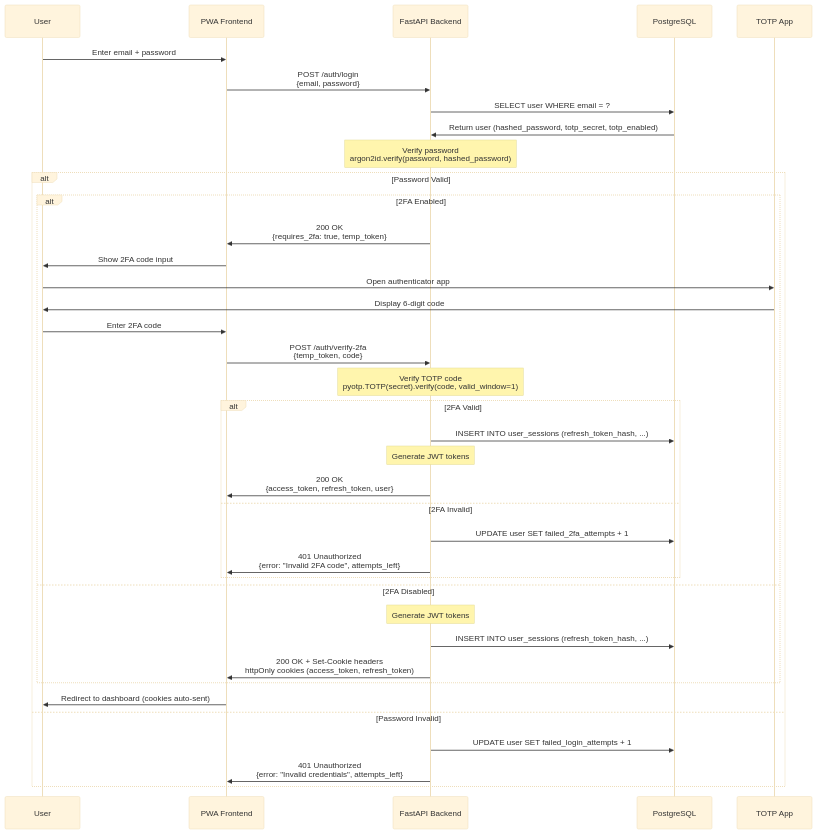
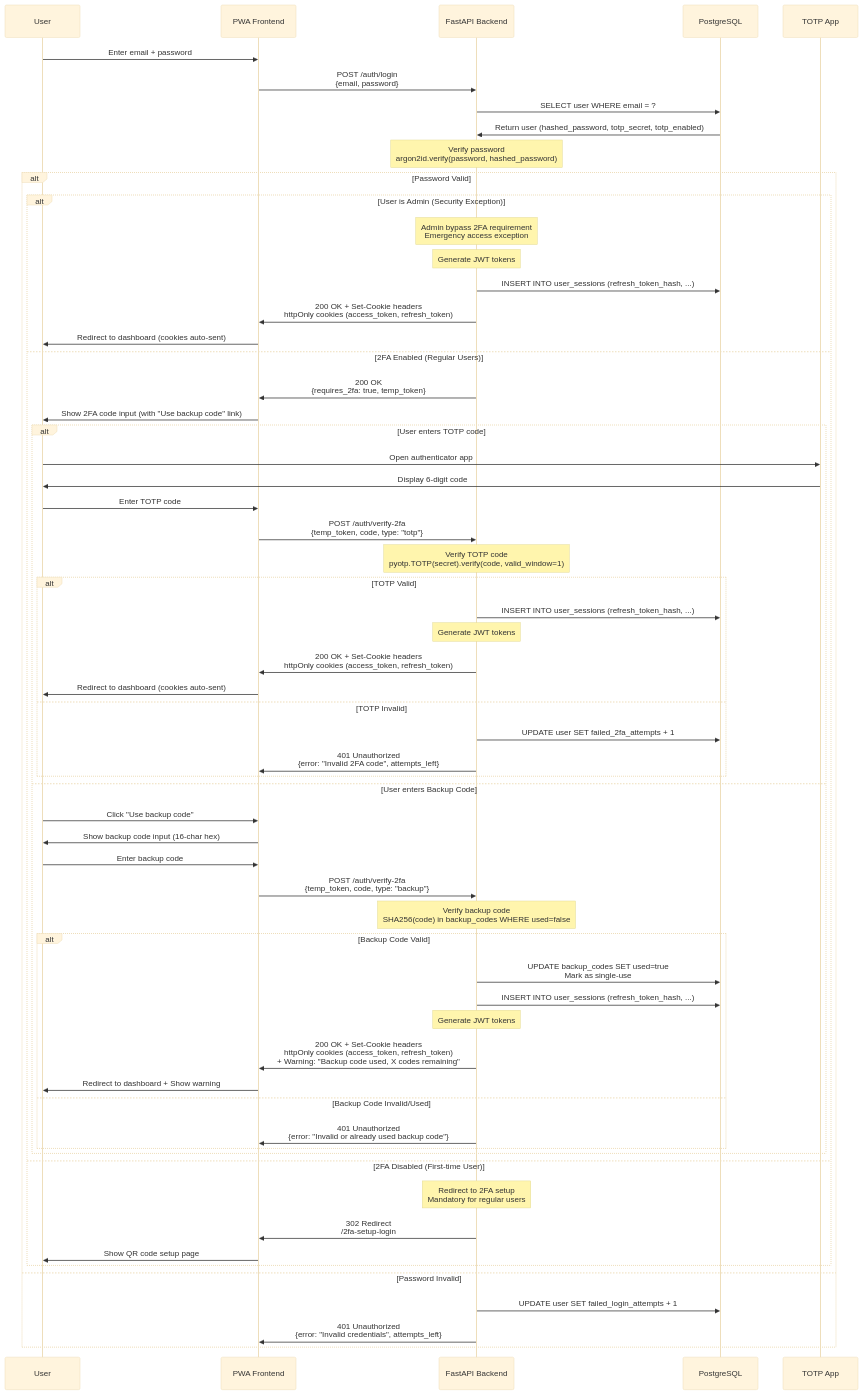
Before and after one commit to ikeniborn/familyBudget: the second of 4 diagrams in docs/diagrams/02-authentication-flows.md, drawn with Mermaid (base theme). The commit also changed other lines of this file and 2 other files, not shown here.

First paragraph of the commit message:
docs(diagrams): add admin bypass, backup codes, verify schemas (priority 2-3)
## Priority 2: Important Enhancements

````diff
--- a/docs/diagrams/02-authentication-flows.md
+++ b/docs/diagrams/02-authentication-flows.md
@@ -69,49 +72,74 @@
 ```mermaid
 sequenceDiagram
     participant User
     participant Frontend as PWA Frontend
     participant API as FastAPI Backend
     participant DB as PostgreSQL
     participant TOTP as TOTP App
 
     User->>Frontend: Enter email + password
     Frontend->>API: POST /auth/login<br>{email, password}
 
     API->>DB: SELECT user WHERE email = ?
     DB->>API: Return user (hashed_password, totp_secret, totp_enabled)
 
     Note over API: Verify password<br>argon2id.verify(password, hashed_password)
 
     alt Password Valid
-        alt 2FA Enabled
-            API->>Frontend: 200 OK<br>{requires_2fa: true, temp_token}
-            Frontend->>User: Show 2FA code input
-
-            User->>TOTP: Open authenticator app
-            TOTP->>User: Display 6-digit code
-            User->>Frontend: Enter 2FA code
-
-            Frontend->>API: POST /auth/verify-2fa<br>{temp_token, code}
-
-            Note over API: Verify TOTP code<br>pyotp.TOTP(secret).verify(code, valid_window=1)
-
-            alt 2FA Valid
-                API->>DB: INSERT INTO user_sessions (refresh_token_hash, ...)
-                Note over API: Generate JWT tokens
-                API->>Frontend: 200 OK<br>{access_token, refresh_token, user}
-            else 2FA Invalid
-                API->>DB: UPDATE user SET failed_2fa_attempts + 1
-                API->>Frontend: 401 Unauthorized<br>{error: "Invalid 2FA code", attempts_left}
-            end
-        else 2FA Disabled
+        alt User is Admin (Security Exception)
+            Note over API: Admin bypass 2FA requirement<br>Emergency access exception
             Note over API: Generate JWT tokens
             API->>DB: INSERT INTO user_sessions (refresh_token_hash, ...)
             API->>Frontend: 200 OK + Set-Cookie headers<br>httpOnly cookies (access_token, refresh_token)
+            Frontend->>User: Redirect to dashboard (cookies auto-sent)
+        else 2FA Enabled (Regular Users)
+            API->>Frontend: 200 OK<br>{requires_2fa: true, temp_token}
+            Frontend->>User: Show 2FA code input (with "Use backup code" link)
+
+            alt User enters TOTP code
+                User->>TOTP: Open authenticator app
+                TOTP->>User: Display 6-digit code
+                User->>Frontend: Enter TOTP code
+
+                Frontend->>API: POST /auth/verify-2fa<br>{temp_token, code, type: "totp"}
+
+                Note over API: Verify TOTP code<br>pyotp.TOTP(secret).verify(code, valid_window=1)
+
+                alt TOTP Valid
+                    API->>DB: INSERT INTO user_sessions (refresh_token_hash, ...)
+                    Note over API: Generate JWT tokens
+                    API->>Frontend: 200 OK + Set-Cookie headers<br>httpOnly cookies (access_token, refresh_token)
+                    Frontend->>User: Redirect to dashboard (cookies auto-sent)
+                else TOTP Invalid
+                    API->>DB: UPDATE user SET failed_2fa_attempts + 1
+                    API->>Frontend: 401 Unauthorized<br>{error: "Invalid 2FA code", attempts_left}
+                end
+            else User enters Backup Code
+                User->>Frontend: Click "Use backup code"
+                Frontend->>User: Show backup code input (16-char hex)
+                User->>Frontend: Enter backup code
+
+                Frontend->>API: POST /auth/verify-2fa<br>{temp_token, code, type: "backup"}
+
+                Note over API: Verify backup code<br>SHA256(code) in backup_codes WHERE used=false
+
+                alt Backup Code Valid
+                    API->>DB: UPDATE backup_codes SET used=true<br>Mark as single-use
+                    API->>DB: INSERT INTO user_sessions (refresh_token_hash, ...)
+                    Note over API: Generate JWT tokens
+                    API->>Frontend: 200 OK + Set-Cookie headers<br>httpOnly cookies (access_token, refresh_token)<br>+ Warning: "Backup code used, X codes remaining"
+                    Frontend->>User: Redirect to dashboard + Show warning
+                else Backup Code Invalid/Used
+                    API->>Frontend: 401 Unauthorized<br>{error: "Invalid or already used backup code"}
+                end
+            end
+        else 2FA Disabled (First-time User)
+            Note over API: Redirect to 2FA setup<br>Mandatory for regular users
+            API->>Frontend: 302 Redirect<br>/2fa-setup-login
+            Frontend->>User: Show QR code setup page
         end
-
-        Frontend->>User: Redirect to dashboard (cookies auto-sent)
     else Password Invalid
         API->>DB: UPDATE user SET failed_login_attempts + 1
         API->>Frontend: 401 Unauthorized<br>{error: "Invalid credentials", attempts_left}
     end
 ```
````
